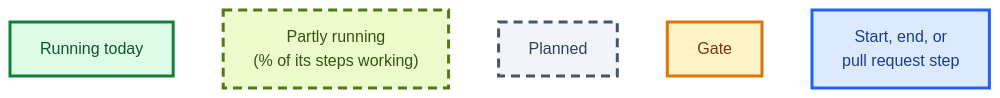
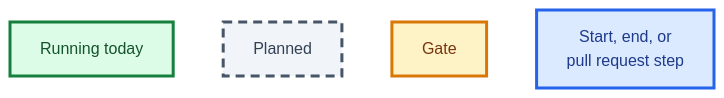
One commit to IT7993-FALL-2026-PEERS/ProjectPeerEvaluation changed the second of 4 diagrams in README.md. Above: the diagram before and after it, drawn with Mermaid (base theme). The commit also changed other lines of this file and 7 other files, not shown here.

````diff
--- a/README.md
+++ b/README.md
@@ -126,16 +122,15 @@
 ```mermaid
 flowchart LR
-    L1["Running today"] ~~~ L2["Partly running<br/>(% of its steps working)"] ~~~ L3["Planned"] ~~~ L4["Gate"] ~~~ L5["Start, end, or<br/>pull request step"]
+    L1["Running today"] ~~~ L3["Planned"] ~~~ L4["Gate"] ~~~ L5["Start, end, or<br/>pull request step"]
 
     classDef done fill:#dcfce7,stroke:#15803d,color:#14532d,stroke-width:3px
     classDef partial fill:#ecfccb,stroke:#4d7c0f,color:#365314,stroke-width:3px,stroke-dasharray: 9 6
     classDef planned fill:#f1f5f9,stroke:#475569,color:#334155,stroke-width:3px,stroke-dasharray: 9 6
     classDef gate fill:#fef3c7,stroke:#d97706,color:#78350f,stroke-width:3px
     classDef endpoint fill:#dbeafe,stroke:#2563eb,color:#1e3a8a,stroke-width:3px
 
     class L1 done
-    class L2 partial
     class L3 planned
     class L4 gate
     class L5 endpoint
 ```
````
